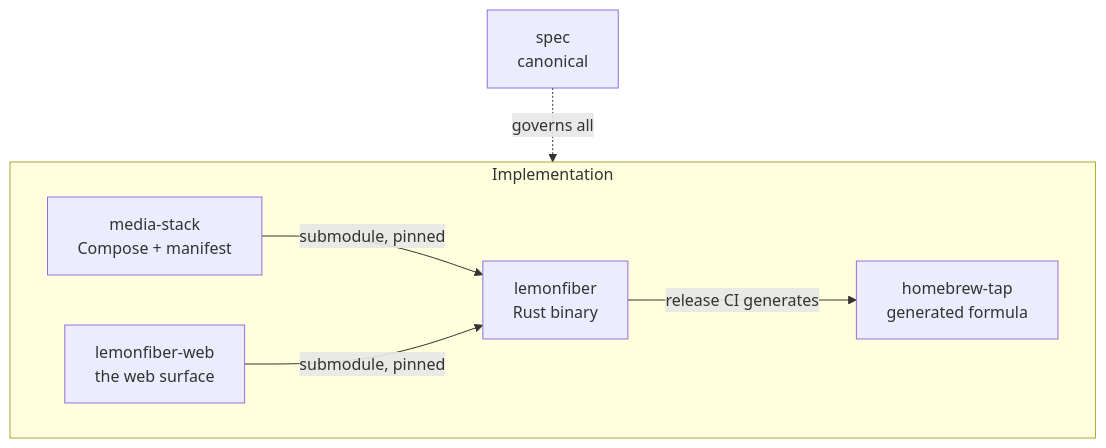
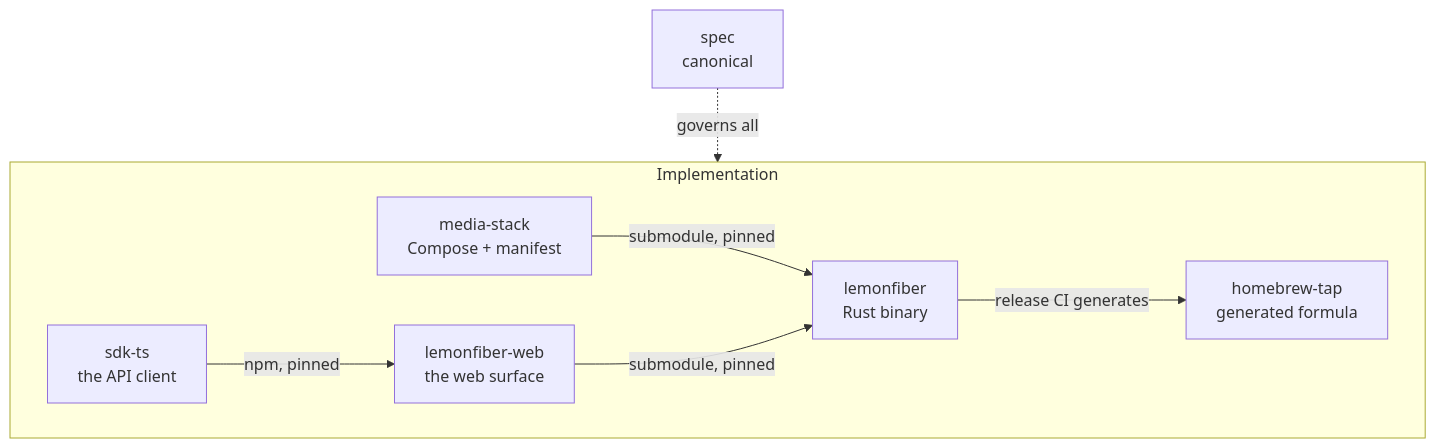
One commit to lemonfiber/spec changed the diagram in 30-repos/README.md. Above: the diagram before and after it, drawn with Mermaid. The commit also changed other lines of this file and 5 other files, not shown here.

First line of the commit message:
feat(sdk): give the API a client, and the client a repo

````diff
--- a/30-repos/README.md
+++ b/30-repos/README.md
@@ -13,16 +13,18 @@
 ```mermaid
 flowchart TD
     spec[spec<br/>canonical]
 
     subgraph impl[Implementation]
         lemonfiber[lemonfiber<br/>Rust binary]
         stack[media-stack<br/>Compose + manifest]
         web[lemonfiber-web<br/>the web surface]
+        sdk[sdk-ts<br/>the API client]
         tap[homebrew-tap<br/>generated formula]
     end
 
     stack -->|submodule, pinned| lemonfiber
     web -->|submodule, pinned| lemonfiber
+    sdk -->|npm, pinned| web
     lemonfiber -->|release CI generates| tap
     spec -.->|governs all| impl
 ```
````
